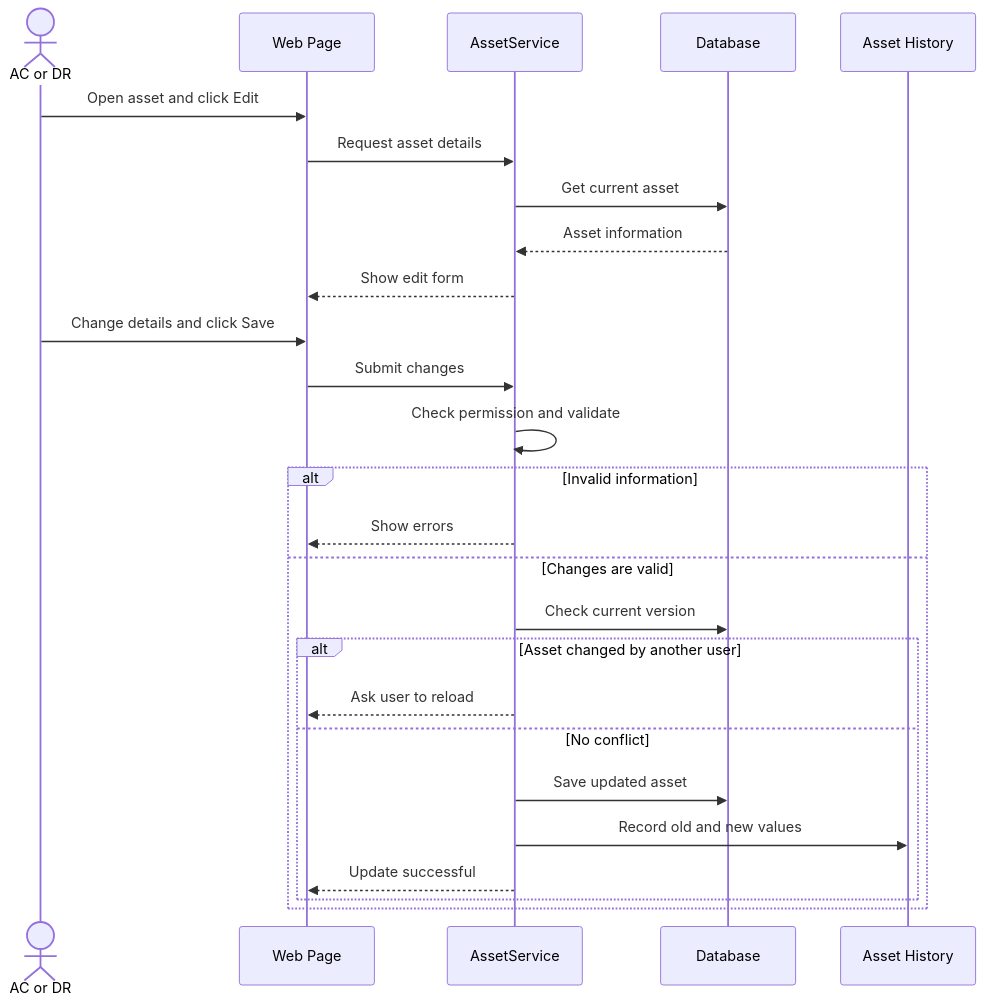
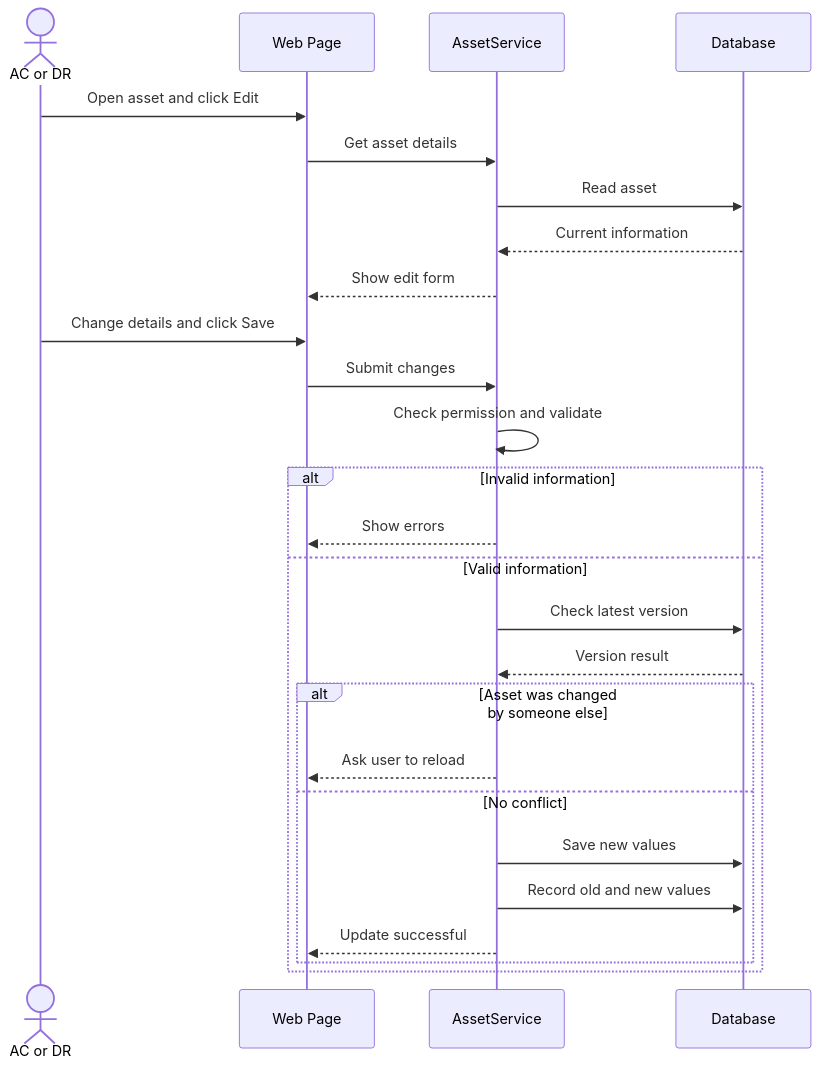
Before and after one commit to Abdulla66541/COSC336-GROUP5: the second of 12 diagrams in phase 4-5/01_part1_assets_marketplace_requests.md, drawn with Mermaid. The commit also changed other lines of this file, not shown here.

First line of the commit message:
Revise asset marketplace use case documentation

````diff
--- a/phase 4-5/01_part1_assets_marketplace_requests.md
+++ b/phase 4-5/01_part1_assets_marketplace_requests.md
@@ -228,32 +80,32 @@
 ```mermaid
 sequenceDiagram
     actor U as AC or DR
     participant UI as Web Page
     participant S as AssetService
     participant DB as Database
-    participant H as Asset History
 
     U->>UI: Open asset and click Edit
-    UI->>S: Request asset details
-    S->>DB: Get current asset
-    DB-->>S: Asset information
+    UI->>S: Get asset details
+    S->>DB: Read asset
+    DB-->>S: Current information
     S-->>UI: Show edit form
 
     U->>UI: Change details and click Save
     UI->>S: Submit changes
     S->>S: Check permission and validate
 
     alt Invalid information
         S-->>UI: Show errors
-    else Changes are valid
-        S->>DB: Check current version
+    else Valid information
+        S->>DB: Check latest version
+        DB-->>S: Version result
 
-        alt Asset changed by another user
+        alt Asset was changed by someone else
             S-->>UI: Ask user to reload
         else No conflict
-            S->>DB: Save updated asset
-            S->>H: Record old and new values
+            S->>DB: Save new values
+            S->>DB: Record old and new values
             S-->>UI: Update successful
         end
     end
 ```
````
